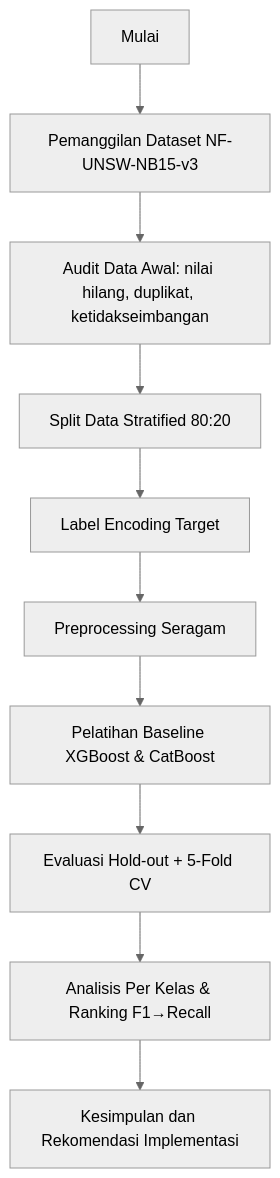
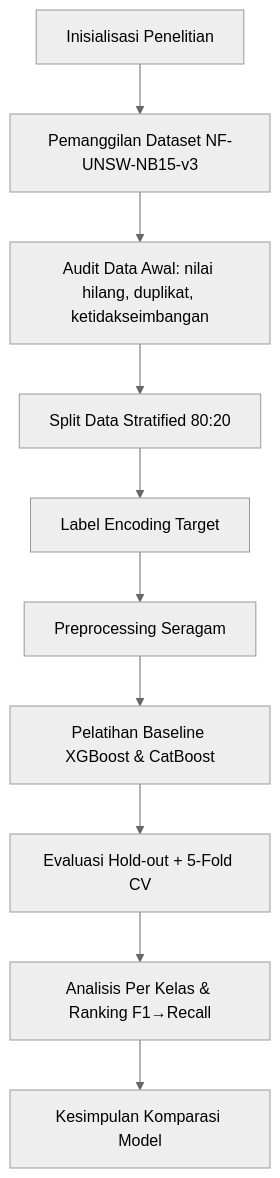
The first of 3 diagrams in Artikel_Jurnal_Sinta4_Analisis_Komparatif_XGBoost_CatBoost.md (Nantarachma/Kode_Skripsi_Notebook), drawn with Mermaid (neutral theme) before and after one commit. The commit also changed other lines of this file, not shown here.

First line of the commit message:
docs: finalize academic wording and method-sequence consistency

````diff
--- a/Artikel_Jurnal_Sinta4_Analisis_Komparatif_XGBoost_CatBoost.md
+++ b/Artikel_Jurnal_Sinta4_Analisis_Komparatif_XGBoost_CatBoost.md
@@ -56,12 +56,12 @@
 ```mermaid
 flowchart TD
-    A[Mulai] --> B[Pemanggilan Dataset NF-UNSW-NB15-v3]
+    A[Inisialisasi Penelitian] --> B[Pemanggilan Dataset NF-UNSW-NB15-v3]
     B --> C[Audit Data Awal: nilai hilang, duplikat, ketidakseimbangan]
     C --> D[Split Data Stratified 80:20]
     D --> E[Label Encoding Target]
     E --> F[Preprocessing Seragam]
     F --> G[Pelatihan Baseline XGBoost & CatBoost]
     G --> H[Evaluasi Hold-out + 5-Fold CV]
     H --> I[Analisis Per Kelas & Ranking F1→Recall]
-    I --> J[Kesimpulan dan Rekomendasi Implementasi]
+    I --> J[Kesimpulan Komparasi Model]
 ```
````
